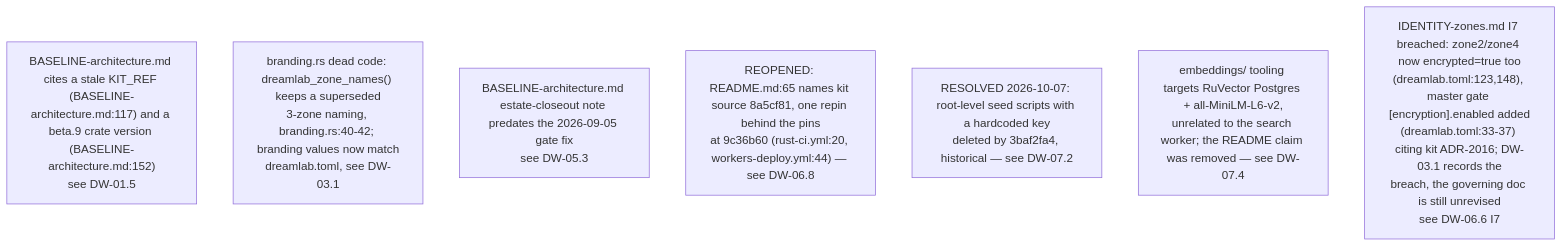
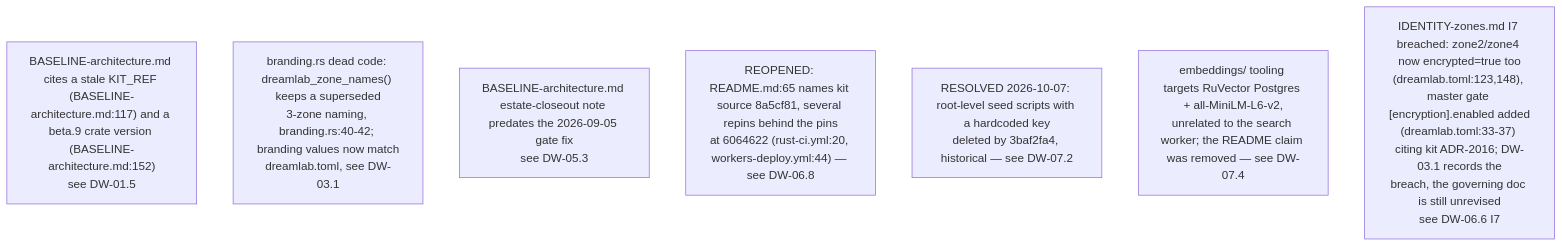
Before and after one commit to DreamLab-AI/VisionFlow: the sixth of 7 diagrams in docs/diagrams/dreamlab-ai-website/06-content-pipeline-and-invariants-register.md, drawn with Mermaid. The commit also changed other lines of this file and 59 other files, not shown here.

First line of the commit message:
docs(diagrams): re-derive and re-stamp forum, website, pod, ontomark and sealmap topics

````diff
--- a/docs/diagrams/dreamlab-ai-website/06-content-pipeline-and-invariants-register.md
+++ b/docs/diagrams/dreamlab-ai-website/06-content-pipeline-and-invariants-register.md
@@ -124,10 +124,10 @@
 ```mermaid
 flowchart TB
     D9["BASELINE-architecture.md cites a stale KIT_REF (BASELINE-architecture.md:117) and a beta.9 crate version (BASELINE-architecture.md:152)<br/>see DW-01.5"]
     D10["branding.rs dead code: dreamlab_zone_names() keeps a superseded<br/>3-zone naming, branding.rs:40-42; branding values now match<br/>dreamlab.toml, see DW-03.1"]
     D11["BASELINE-architecture.md estate-closeout note predates the 2026-09-05 gate fix<br/>see DW-05.3"]
-    D12["REOPENED: README.md:65 names kit source 8a5cf81, one repin behind the pins<br/>at 9c36b60 (rust-ci.yml:20, workers-deploy.yml:44) — see DW-06.8"]
+    D12["REOPENED: README.md:65 names kit source 8a5cf81, several repins behind the pins<br/>at 6064622 (rust-ci.yml:20, workers-deploy.yml:44) — see DW-06.8"]
     D13["RESOLVED 2026-10-07: root-level seed scripts with a hardcoded key<br/>deleted by 3baf2fa4, historical — see DW-07.2"]
     D14["embeddings/ tooling targets RuVector Postgres + all-MiniLM-L6-v2,<br/>unrelated to the search worker; the README claim was removed — see DW-07.4"]
     D15["IDENTITY-zones.md I7 breached: zone2/zone4 now encrypted=true too<br/>(dreamlab.toml:123,148), master gate [encryption].enabled added<br/>(dreamlab.toml:33-37) citing kit ADR-2016; DW-03.1 records the<br/>breach, the governing doc is still unrevised<br/>see DW-06.6 I7"]
 ```
````
